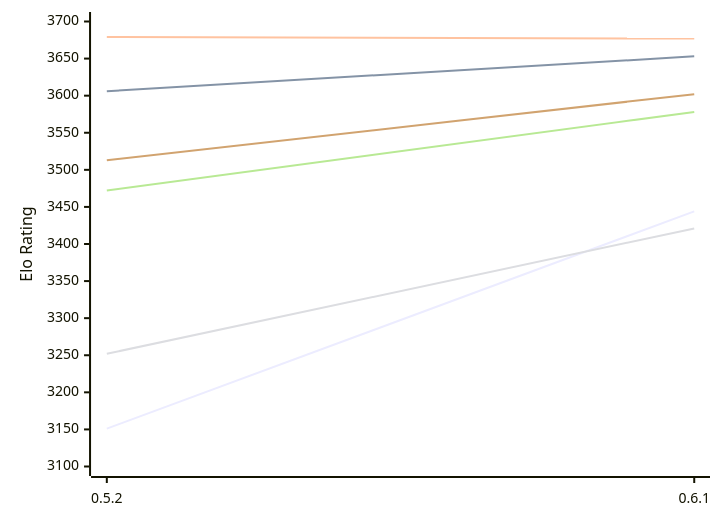
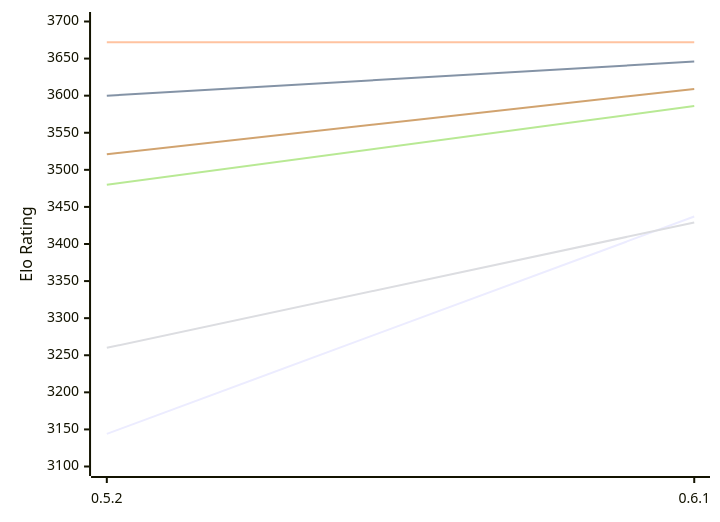
One commit to computer-chess-index/cci changed the first of 2 diagrams in engines/Cinder.md. Above: the diagram before and after it, drawn with Mermaid. The commit also changed other lines of this file, not shown here.

Commit message:
Update CCI Ratings (ELO VLTC) - 2026-11-18

````diff
--- a/engines/Cinder.md
+++ b/engines/Cinder.md
@@ -54,12 +54,12 @@
 ```mermaid
 %%{init: {"theme":"base","themeVariables":{"seriesColors:['#a3a3a3','#222221','#faa371']}}}%%
 xychart-beta
   x-axis ["0.5.2", "0.6.1"]
   y-axis "Elo Rating" 3100 --> 3700
-  line "E1: STC (8.0+0.08s)" [3151, 3444]
-  line "E1: LTC (60.0+0.60s)" [3606, 3653]
-  line "E1: VLTC (2m24s+1.12s)" [3679, 3677]
-  line "P1: STC (8.0+0.08s)" [3252, 3421]
-  line "P1: LTC (60.0+0.60s)" [3472, 3578]
-  line "P1: VLTC (2m24s+1.12s)" [3513, 3602]
+  line "E1: STC (8.0+0.08s)" [3144, 3437]
+  line "E1: LTC (60.0+0.60s)" [3600, 3646]
+  line "E1: VLTC (2m24s+1.12s)" [3672, 3672]
+  line "P1: STC (8.0+0.08s)" [3260, 3429]
+  line "P1: LTC (60.0+0.60s)" [3480, 3586]
+  line "P1: VLTC (2m24s+1.12s)" [3521, 3609]
 ```
````
